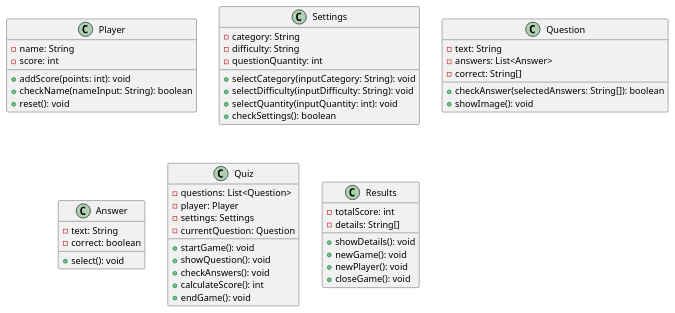
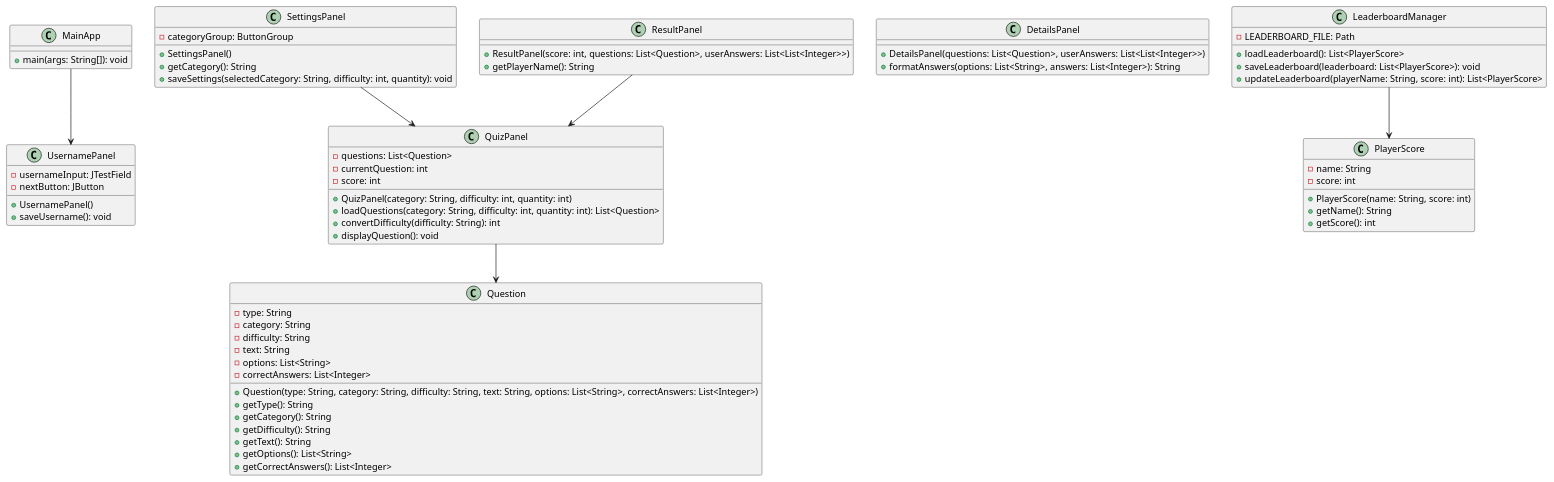
The diagram in 7_Allegati/Diagramma delle classi/Diagramma.wsd (leonardoSciara/Quiz_Game), drawn with PlantUML before and after one commit. The commit also changed 37 other files, not shown here.

```diff
--- a/7_Allegati/Diagramma delle classi/Diagramma.wsd
+++ b/7_Allegati/Diagramma delle classi/Diagramma.wsd
@@ -1,62 +1,84 @@
 @startuml
 
-class Player {
+class MainApp {
+    + main(args: String[]): void
+}
+
+class UsernamePanel {
+    - usernameInput: JTestField
+    - nextButton: JButton
+
+    + UsernamePanel()
+    + saveUsername(): void
+}
+
+class SettingsPanel {
+    - categoryGroup: ButtonGroup
+
+    + SettingsPanel()
+    + getCategory(): String
+    + saveSettings(selectedCategory: String, difficulty: int, quantity): void
+}
+
+class ResultPanel {
+    + ResultPanel(score: int, questions: List<Question>, userAnswers: List<List<Integer>>)
+    + getPlayerName(): String
+}
+
+class QuizPanel {
+    - questions: List<Question>
+    - currentQuestion: int
+    - score: int
+
+    + QuizPanel(category: String, difficulty: int, quantity: int)
+    + loadQuestions(category: String, difficulty: int, quantity: int): List<Question>
+    + convertDifficulty(difficulty: String): int
+    + displayQuestion(): void
+}
+
+class DetailsPanel {
+    + DetailsPanel(questions: List<Question>, userAnswers: List<List<Integer>>)
+    + formatAnswers(options: List<String>, answers: List<Integer>): String
+}
+
+class LeaderboardManager{
+    - LEADERBOARD_FILE: Path
+
+    + loadLeaderboard(): List<PlayerScore>
+    + saveLeaderboard(leaderboard: List<PlayerScore>): void
+    + updateLeaderboard(playerName: String, score: int): List<PlayerScore>
+}
+
+class PlayerScore {
     - name: String
     - score: int
 
-    + addScore(points: int): void
-    + checkName(nameInput: String): boolean
-    + reset(): void
-}
-
-class Settings {
-    - category: String
-    - difficulty: String
-    - questionQuantity: int
-
-    + selectCategory(inputCategory: String): void
-    + selectDifficulty(inputDifficulty: String): void
-    + selectQuantity(inputQuantity: int): void
-    + checkSettings(): boolean
+    + PlayerScore(name: String, score: int)
+    + getName(): String
+    + getScore(): int
 }
 
 class Question {
+    - type: String
+    - category: String
+    - difficulty: String
     - text: String
-    - answers: List<Answer>
-    - correct: String[]
+    - options: List<String>
+    - correctAnswers: List<Integer>
 
-    + checkAnswer(selectedAnswers: String[]): boolean
-    + showImage(): void
+    + Question(type: String, category: String, difficulty: String, text: String, options: List<String>, correctAnswers: List<Integer>)
+    + getType(): String       
+    + getCategory(): String   
+    + getDifficulty(): String 
+    + getText(): String       
+    + getOptions(): List<String> 
+    + getCorrectAnswers(): List<Integer>
 }
 
-class Answer {
-    - text: String
-    - correct: boolean
-
-    + select(): void
-}
-
-class Quiz {
-    - questions: List<Question>
-    - player: Player
-    - settings: Settings
-    - currentQuestion: Question
-
-    + startGame(): void
-    + showQuestion(): void
-    + checkAnswers(): void
-    + calculateScore(): int
-    + endGame(): void
-}
-
-class Results {
-    - totalScore: int
-    - details: String[]
-
-    + showDetails(): void
-    + newGame(): void
-    + newPlayer(): void
-    + closeGame(): void
-}
+MainApp --> UsernamePanel
+QuizPanel --> Question
+SettingsPanel --> QuizPanel
+ResultPanel --> QuizPanel
+LeaderboardManager --> PlayerScore
 
 @enduml
```
